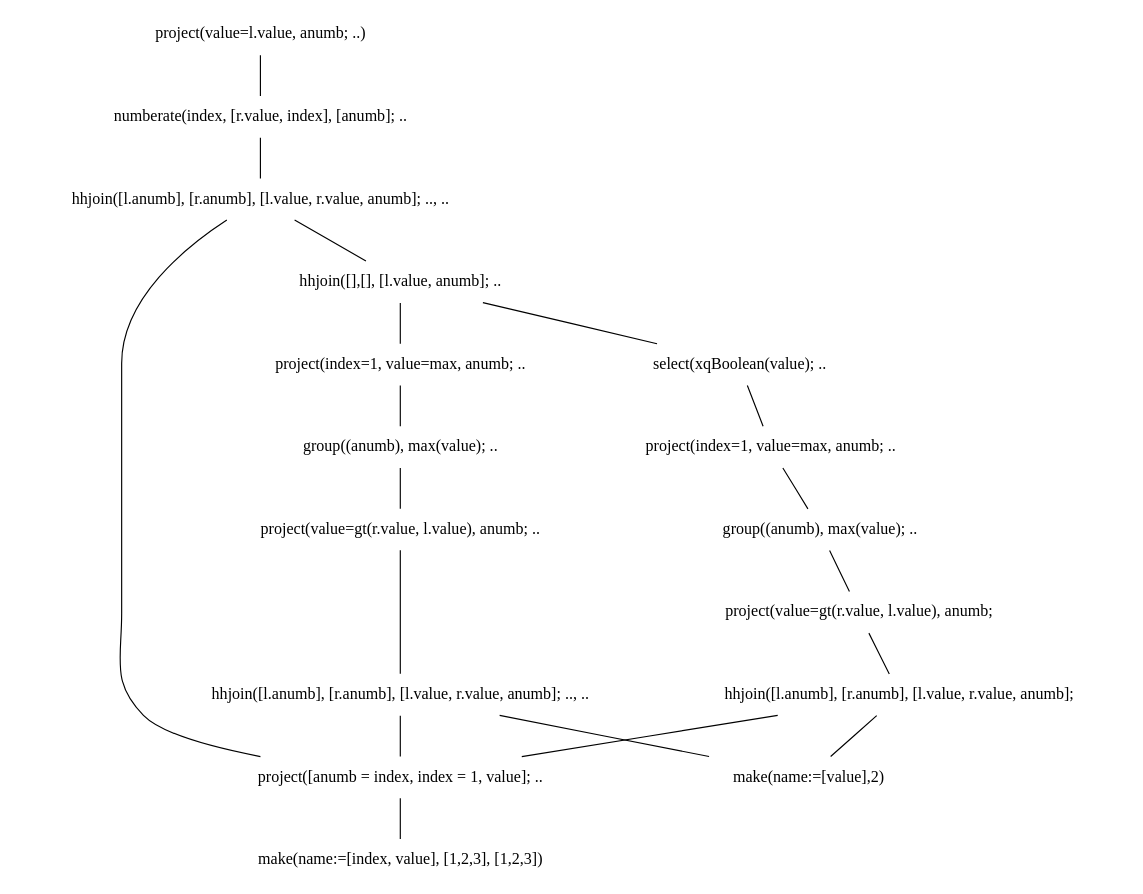
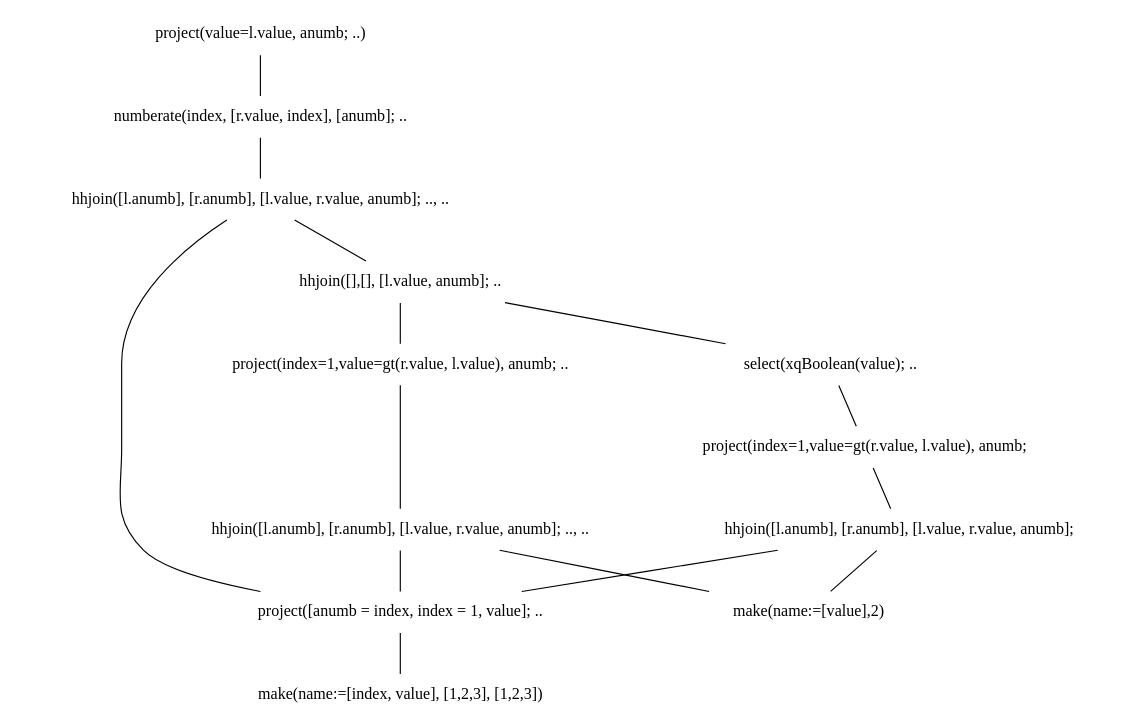
Before and after one commit to andrerav/xqft-parser: the diagram in doc/graph_src/ext_flwor.dot, drawn with Graphviz. The commit also changed 3 other files, not shown here.

```diff
--- a/doc/graph_src/ext_flwor.dot
+++ b/doc/graph_src/ext_flwor.dot
@@ -1,44 +1,36 @@
 digraph AST {
 edge [color=black, dir=both, weight=1, fontcolor=black, fontname=Helvetica, arrowhead=none,arrowtail=none]
 node [shape=plaintext]
 
 // DAGifying nodes
 project123->make123;
 make123 [label="make(name:=[index, value], [1,2,3], [1,2,3])"];
 make2 [label="make(name:=[value],2)"];
 project123 [label="project([anumb = index, index = 1, value]; .."];
 
 // Ordinary nodes
 project1 [label="project(value=l.value, anumb; ..)"];
 numberate1 [label="numberate(index, [r.value, index], [anumb]; .."];
 hhjoin1 [label="hhjoin([l.anumb], [r.anumb], [l.value, r.value, anumb]; .., .."];
 hhjoin2 [label="hhjoin([],[], [l.value, anumb]; .."];
-project2 [label="project(index=1, value=max, anumb; .."];
-group1 [label="group((anumb), max(value); .."];
-project3 [label="project(value=gt(r.value, l.value), anumb; .."];
+project3 [label="project(index=1,value=gt(r.value, l.value), anumb; .."];
 hhjoin3 [label="hhjoin([l.anumb], [r.anumb], [l.value, r.value, anumb]; .., .."];
 
 select1 [label="select(xqBoolean(value); .."];
-project4 [label="project(index=1, value=max, anumb; .."];
-group2 [label="group((anumb), max(value); .."];
-project5 [label="project(value=gt(r.value, l.value), anumb;"];
+project5 [label="project(index=1,value=gt(r.value, l.value), anumb;"];
 hhjoin4 [label=" hhjoin([l.anumb], [r.anumb], [l.value, r.value, anumb];"];
 
 project1->numberate1;
   numberate1->hhjoin1;
     hhjoin1->hhjoin2;
-      hhjoin2->project2;
-        project2->group1;
-          group1->project3;
+      hhjoin2->project3;
             project3->hhjoin3;
                hhjoin3-> project123;
                hhjoin3->make2;
       hhjoin2->select1;
-        select1->project4;
-          project4->group2;
-            group2->project5;
+        select1->project5;
               project5->hhjoin4;
                 hhjoin4->project123;
                 hhjoin4->make2;
     hhjoin1->project123;
 }
```
